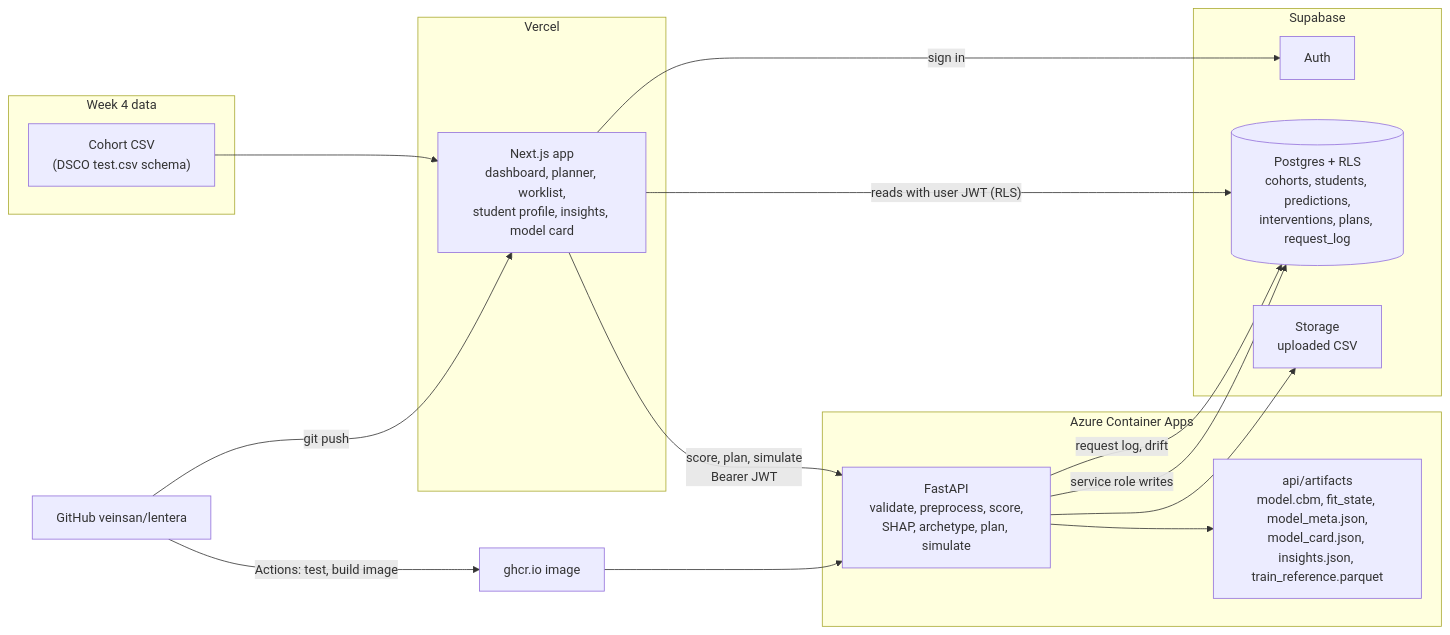
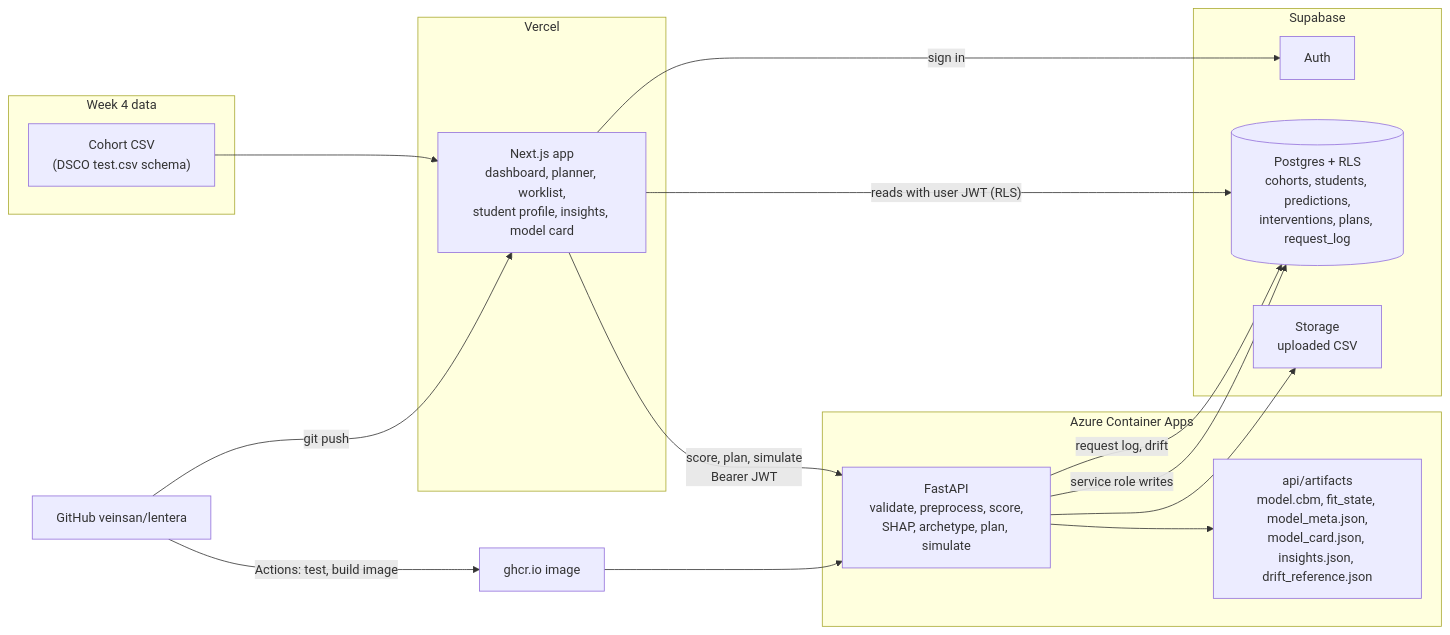
The diagram in ARCHITECTURE.md (veinsan/lentera), drawn with Mermaid before and after one commit. The commit also changed other lines of this file and 18 other files, not shown here.

First line of the commit message:
feat: add per-cohort drift report and API request logging

````diff
--- a/ARCHITECTURE.md
+++ b/ARCHITECTURE.md
@@ -24,28 +24,28 @@
 ```mermaid
 flowchart LR
   subgraph Source["Week 4 data"]
     CSV["Cohort CSV<br/>(DSCO test.csv schema)"]
   end
   subgraph Vercel
     WEB["Next.js app<br/>dashboard, planner, worklist,<br/>student profile, insights, model card"]
   end
   subgraph Azure["Azure Container Apps"]
     API["FastAPI<br/>validate, preprocess, score,<br/>SHAP, archetype, plan, simulate"]
-    ART["api/artifacts<br/>model.cbm, fit_state, model_meta.json,<br/>model_card.json, insights.json, train_reference.parquet"]
+    ART["api/artifacts<br/>model.cbm, fit_state, model_meta.json,<br/>model_card.json, insights.json, drift_reference.json"]
   end
   subgraph Supabase
     AUTH["Auth"]
     DB[("Postgres + RLS<br/>cohorts, students, predictions,<br/>interventions, plans, request_log")]
     ST["Storage<br/>uploaded CSV"]
   end
   GH["GitHub veinsan/lentera"] -- "Actions: test, build image" --> GHCR["ghcr.io image"] --> API
   GH -- "git push" --> WEB
   CSV --> WEB
   WEB -- "sign in" --> AUTH
   WEB -- "reads with user JWT (RLS)" --> DB
   WEB -- "score, plan, simulate<br/>Bearer JWT" --> API
   API --> ART
   API -- "service role writes" --> DB
   API --> ST
   API -- "request log, drift" --> DB
 ```
````
